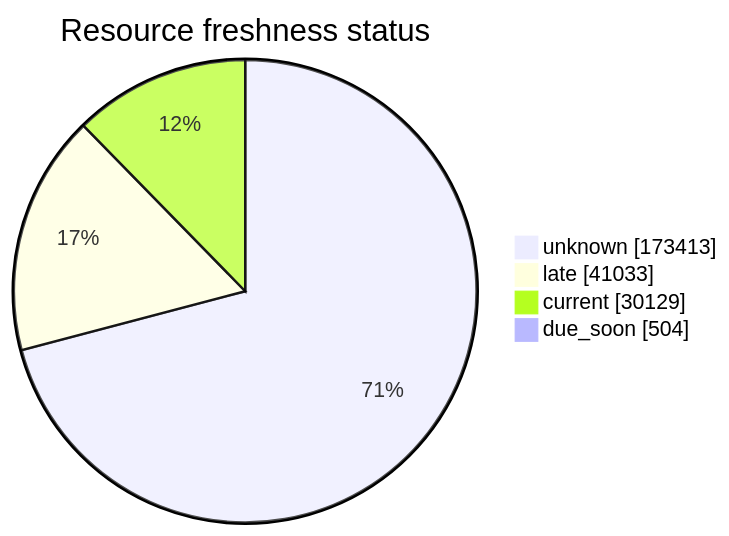
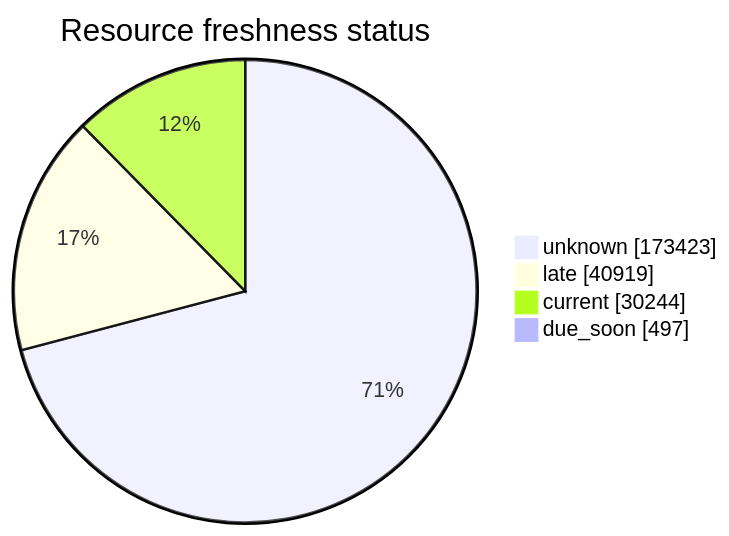
One commit to open-data/analytics-corporate-reporting changed the third of 5 diagrams in FreshCheck/README.md. Above: the diagram before and after it, drawn with Mermaid. The commit also changed other lines of this file and 3 other files, not shown here.

````diff
--- a/FreshCheck/README.md
+++ b/FreshCheck/README.md
@@ -77,7 +77,7 @@
 ```mermaid
 pie showData title Resource freshness status
-    "unknown": 173413
-    "late": 41033
-    "current": 30129
-    "due_soon": 504
+    "unknown": 173423
+    "late": 40919
+    "current": 30244
+    "due_soon": 497
 ```
````
